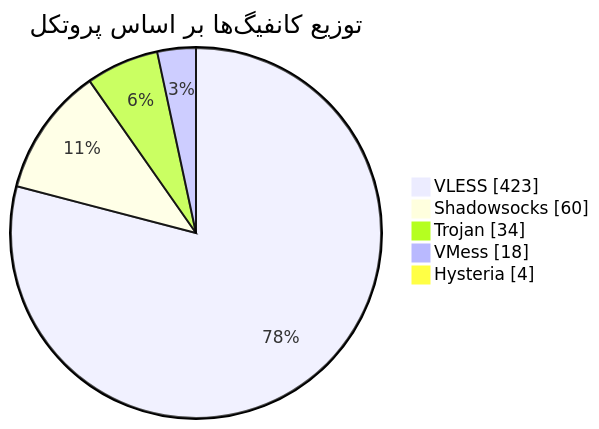
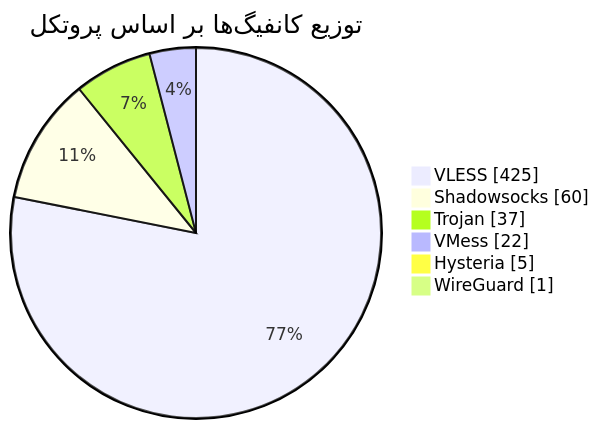
The diagram in README.md (Arian-Alijani/Somthing), drawn with Mermaid before and after one commit. The commit also changed other lines of this file and 81 other files, not shown here.

````diff
--- a/README.md
+++ b/README.md
@@ -47,9 +48,10 @@
 ```mermaid
 pie showData
     title توزیع کانفیگ‌ها بر اساس پروتکل
-    "VLESS" : 423
+    "VLESS" : 425
     "Shadowsocks" : 60
-    "Trojan" : 34
-    "VMess" : 18
-    "Hysteria" : 4
+    "Trojan" : 37
+    "VMess" : 22
+    "Hysteria" : 5
+    "WireGuard" : 1
 ```
````
